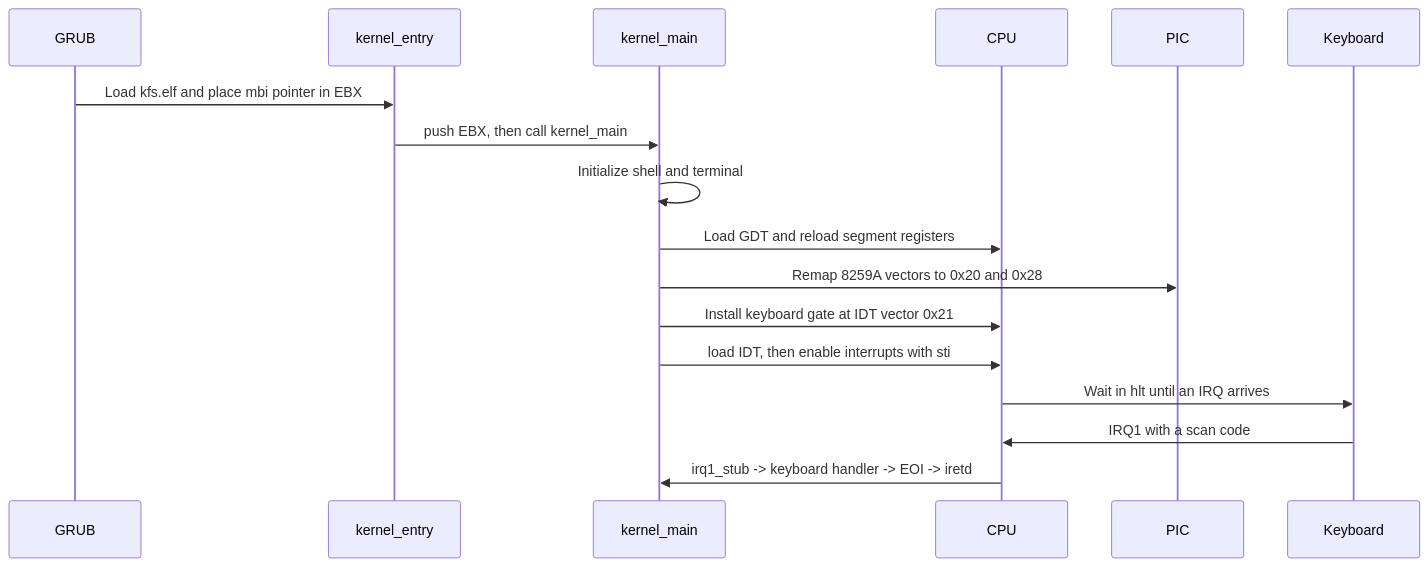
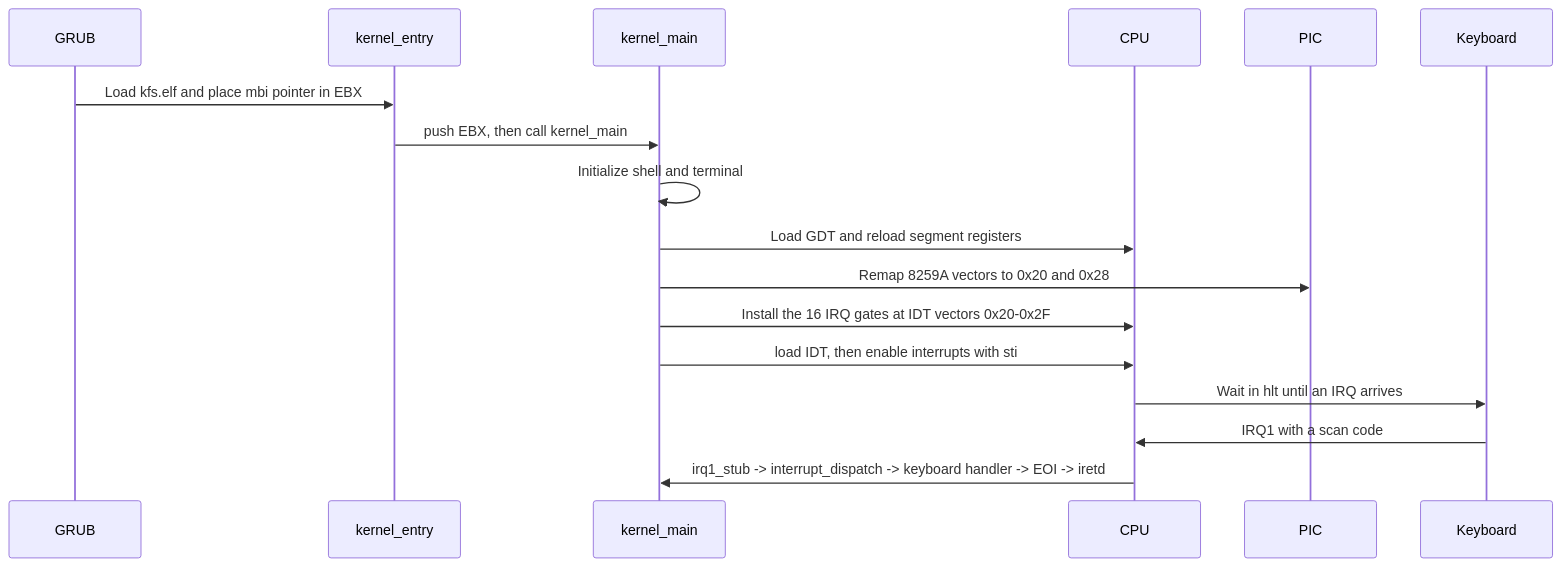
Before and after one commit to aautin/kernel_from_scratch: the second of 3 diagrams in README.md, drawn with Mermaid. The commit also changed other lines of this file and 19 other files, not shown here.

````diff
--- a/README.md
+++ b/README.md
@@ -102,20 +103,20 @@
 ```mermaid
 sequenceDiagram
 		participant GRUB
 		participant Entry as kernel_entry
 		participant Main as kernel_main
 		participant CPU
 		participant PIC
 		participant Keyboard
 
 		GRUB->>Entry: Load kfs.elf and place mbi pointer in EBX
 		Entry->>Main: push EBX, then call kernel_main
 		Main->>Main: Initialize shell and terminal
 		Main->>CPU: Load GDT and reload segment registers
 		Main->>PIC: Remap 8259A vectors to 0x20 and 0x28
-		Main->>CPU: Install keyboard gate at IDT vector 0x21
+		Main->>CPU: Install the 16 IRQ gates at IDT vectors 0x20-0x2F
 		Main->>CPU: load IDT, then enable interrupts with sti
 		CPU->>Keyboard: Wait in hlt until an IRQ arrives
 		Keyboard->>CPU: IRQ1 with a scan code
-		CPU->>Main: irq1_stub -> keyboard handler -> EOI -> iretd
+		CPU->>Main: irq1_stub -> interrupt_dispatch -> keyboard handler -> EOI -> iretd
 ```
````
